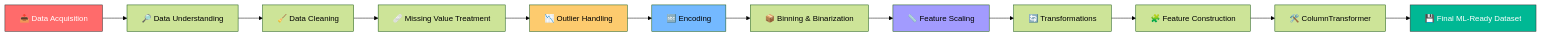
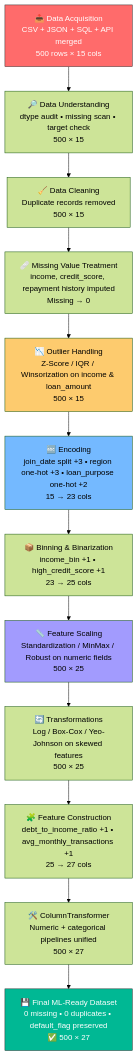
One commit to Roshanmarathe/Holistic-Data-Preparer changed the second of 7 diagrams in README.md. Above: the diagram before and after it, drawn with Mermaid (forest theme). The commit also changed other lines of this file, not shown here.

````diff
--- a/README.md
+++ b/README.md
@@ -118,20 +121,20 @@
 ```mermaid
-flowchart LR
-    A[📥 Data Acquisition] --> B[🔎 Data Understanding]
-    B --> C[🧹 Data Cleaning]
-    C --> D[🩹 Missing Value Treatment]
-    D --> E[📉 Outlier Handling]
-    E --> F[🔤 Encoding]
-    F --> G[📦 Binning & Binarization]
-    G --> H[📏 Feature Scaling]
-    H --> I[🔄 Transformations]
-    I --> J[🧩 Feature Construction]
-    J --> K[🛠️ ColumnTransformer]
-    K --> L[💾 Final ML-Ready Dataset]
+flowchart TD
+    A["📥 Data Acquisition<br/>CSV + JSON + SQL + API merged<br/>500 rows × 15 cols"] --> B["🔎 Data Understanding<br/>dtype audit • missing scan • target check<br/>500 × 15"]
+    B --> C["🧹 Data Cleaning<br/>Duplicate records removed<br/>500 × 15"]
+    C --> D["🩹 Missing Value Treatment<br/>income, credit_score, repayment history imputed<br/>Missing → 0"]
+    D --> E["📉 Outlier Handling<br/>Z-Score / IQR / Winsorization on income & loan_amount<br/>500 × 15"]
+    E --> F["🔤 Encoding<br/>join_date split +3 • region one-hot +3 • loan_purpose one-hot +2<br/>15 → 23 cols"]
+    F --> G["📦 Binning & Binarization<br/>income_bin +1 • high_credit_score +1<br/>23 → 25 cols"]
+    G --> H["📏 Feature Scaling<br/>Standardization / MinMax / Robust on numeric fields<br/>500 × 25"]
+    H --> I["🔄 Transformations<br/>Log / Box-Cox / Yeo-Johnson on skewed features<br/>500 × 25"]
+    I --> J["🧩 Feature Construction<br/>debt_to_income_ratio +1 • avg_monthly_transactions +1<br/>25 → 27 cols"]
+    J --> K["🛠️ ColumnTransformer<br/>Numeric + categorical pipelines unified<br/>500 × 27"]
+    K --> L["💾 Final ML-Ready Dataset<br/>0 missing • 0 duplicates • default_flag preserved<br/>✅ 500 × 27"]
 
     style A fill:#FF6B6B,color:#fff,stroke:#333,stroke-width:1px
-    style L fill:#00B894,color:#fff,stroke:#333,stroke-width:1px
     style E fill:#FDCB6E,color:#000
     style F fill:#74B9FF,color:#000
     style H fill:#A29BFE,color:#000
+    style L fill:#00B894,color:#fff,stroke:#333,stroke-width:1px
 ```
````
